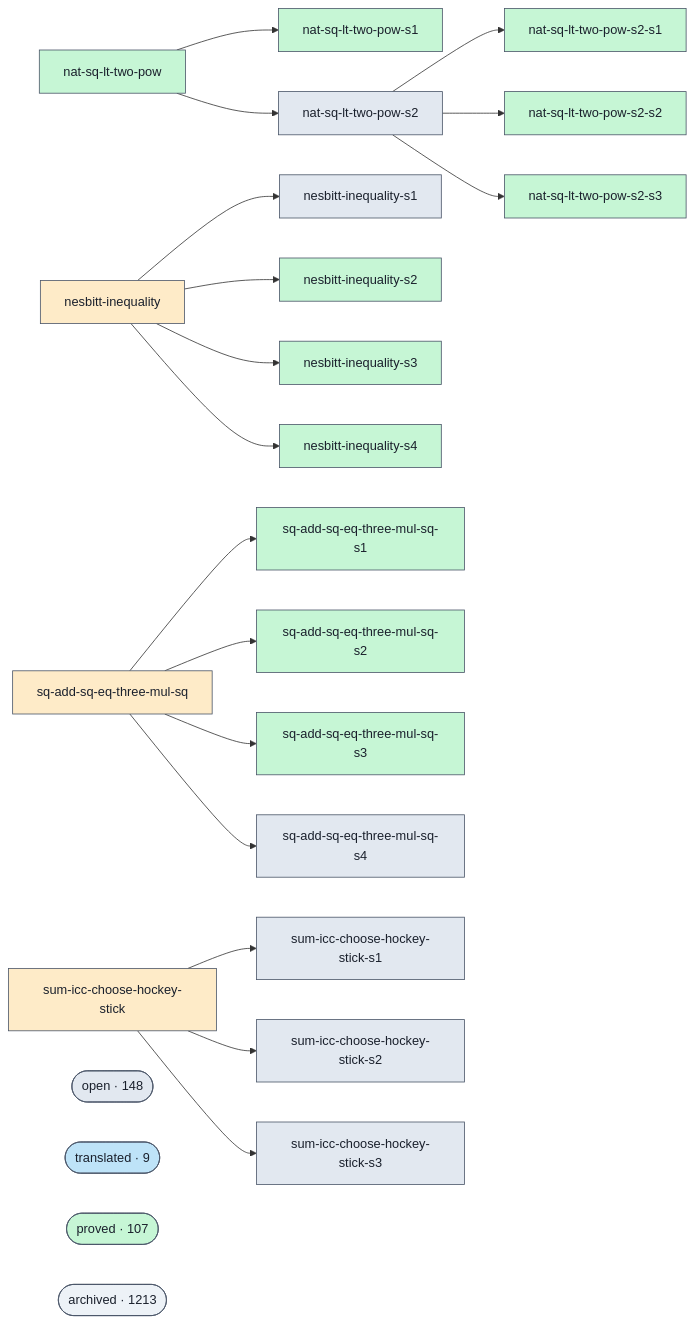
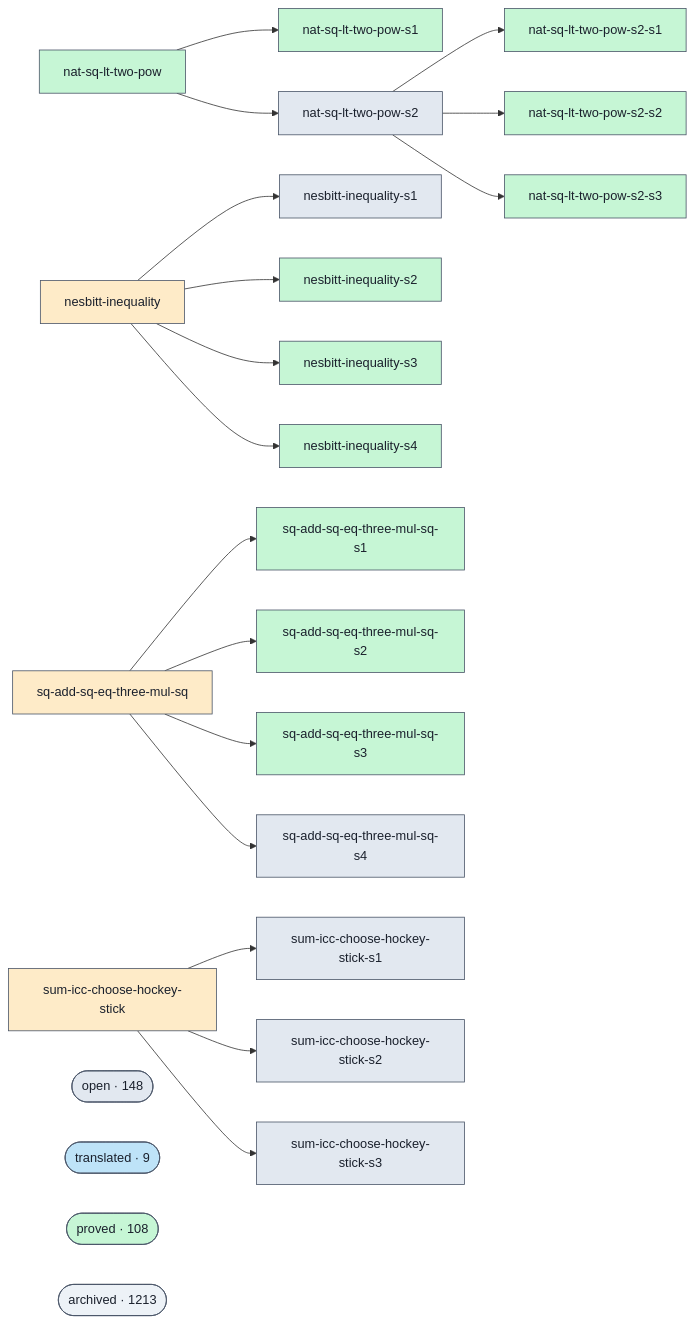
One commit to ohdearquant/unsorry changed the diagram in docs/proofs-contributors-visualisation.md. Above: the diagram before and after it, drawn with Mermaid. The commit also changed other lines of this file and 2 other files, not shown here.

```diff
--- a/docs/proofs-contributors-visualisation.md
+++ b/docs/proofs-contributors-visualisation.md
@@ -102,7 +102,7 @@
   class cluster_open open;
   cluster_translated(["translated · 9"])
   class cluster_translated translated;
-  cluster_proved(["proved · 107"])
+  cluster_proved(["proved · 108"])
   class cluster_proved proved;
   cluster_archived(["archived · 1213"])
   class cluster_archived unknown;
```
